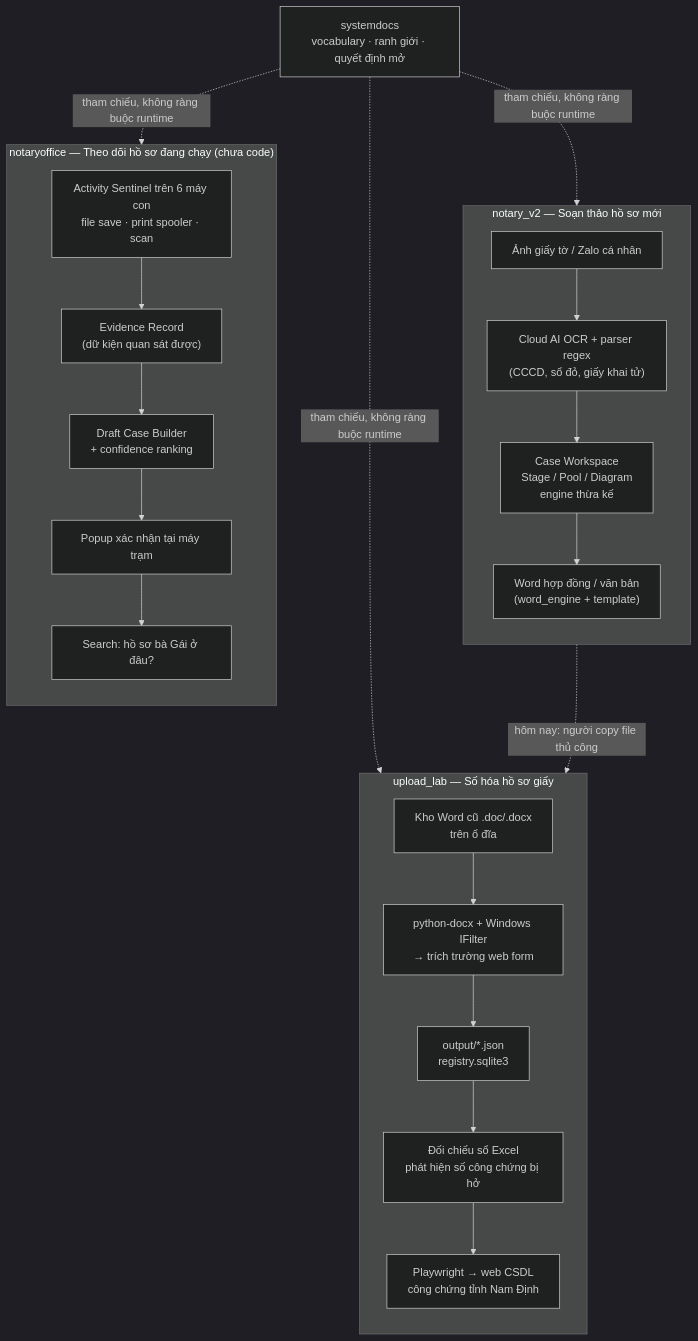
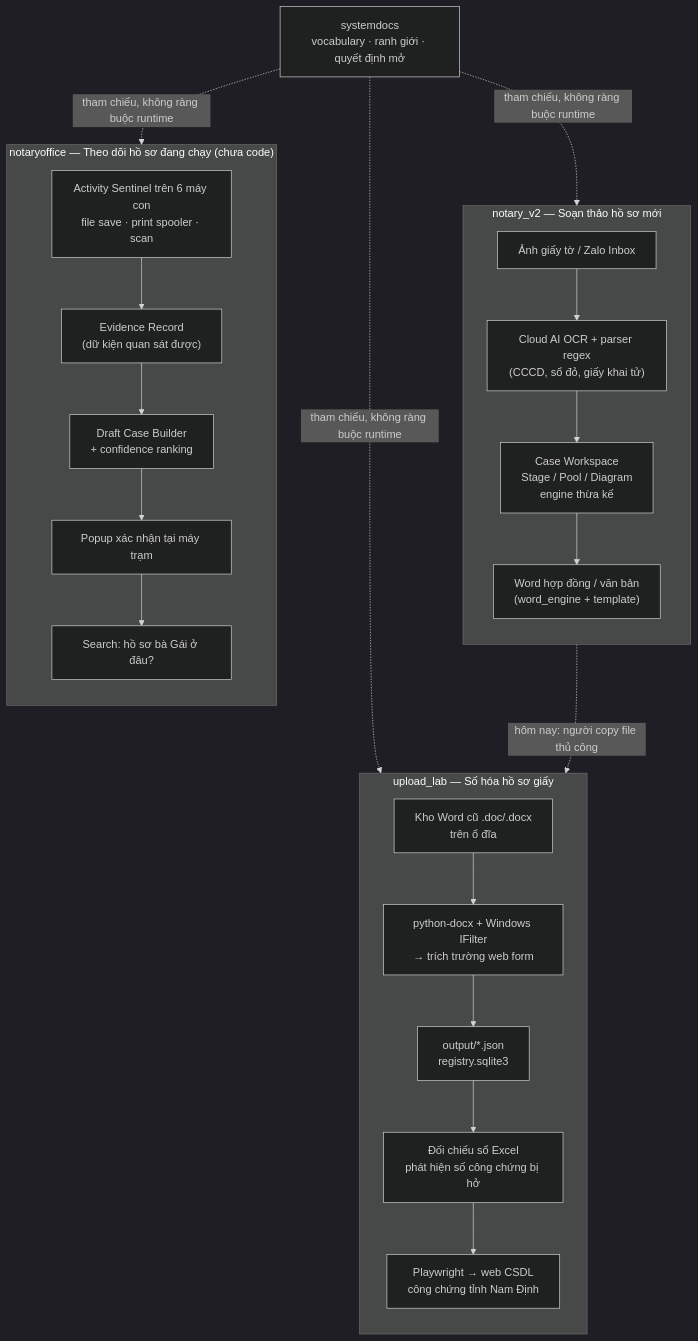
Before and after one commit to minhnhatnguyen6297-a11y/systemdocs: the diagram in SYSTEM_ARCHITECTURE.md, drawn with Mermaid (dark theme). The commit also changed other lines of this file and 4 other files, not shown here.

First line of the commit message:
docs(architecture): align convergence vocabulary

````diff
--- a/SYSTEM_ARCHITECTURE.md
+++ b/SYSTEM_ARCHITECTURE.md
@@ -22,38 +25,38 @@
 ```mermaid
 flowchart TB
     subgraph NV2["notary_v2 — Soạn thảo hồ sơ mới"]
         direction TB
-        NV2IN["Ảnh giấy tờ / Zalo cá nhân"]
+        NV2IN["Ảnh giấy tờ / Zalo Inbox"]
         NV2OCR["Cloud AI OCR + parser regex<br/>(CCCD, sổ đỏ, giấy khai tử)"]
         NV2CASE["Case Workspace<br/>Stage / Pool / Diagram<br/>engine thừa kế"]
         NV2OUT["Word hợp đồng / văn bản<br/>(word_engine + template)"]
         NV2IN --> NV2OCR --> NV2CASE --> NV2OUT
     end
 
     subgraph UL["upload_lab — Số hóa hồ sơ giấy"]
         direction TB
         ULIN["Kho Word cũ .doc/.docx<br/>trên ổ đĩa"]
         ULEX["python-docx + Windows IFilter<br/>→ trích trường web form"]
         ULDB["output/*.json<br/>registry.sqlite3"]
         ULAUD["Đối chiếu sổ Excel<br/>phát hiện số công chứng bị hở"]
         ULUP["Playwright → web CSDL<br/>công chứng tỉnh Nam Định"]
         ULIN --> ULEX --> ULDB --> ULAUD --> ULUP
     end
 
     subgraph NO["notaryoffice — Theo dõi hồ sơ đang chạy (chưa code)"]
         direction TB
         NOSEN["Activity Sentinel trên 6 máy con<br/>file save · print spooler · scan"]
         NOEV["Evidence Record<br/>(dữ kiện quan sát được)"]
         NODC["Draft Case Builder<br/>+ confidence ranking"]
         NOCF["Popup xác nhận tại máy trạm"]
         NOSE["Search: hồ sơ bà Gái ở đâu?"]
         NOSEN --> NOEV --> NODC --> NOCF --> NOSE
     end
 
     SD["systemdocs<br/>vocabulary · ranh giới · quyết định mở"]
     SD -.->|tham chiếu, không ràng buộc runtime| NV2
     SD -.->|tham chiếu, không ràng buộc runtime| UL
     SD -.->|tham chiếu, không ràng buộc runtime| NO
 
     NV2OUT -. "hôm nay: người copy file thủ công" .-> ULIN
 ```
````
